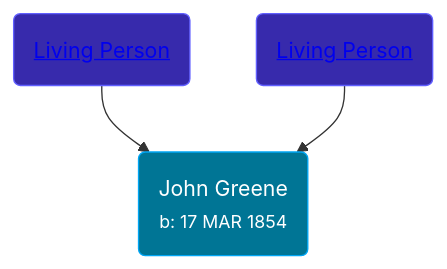
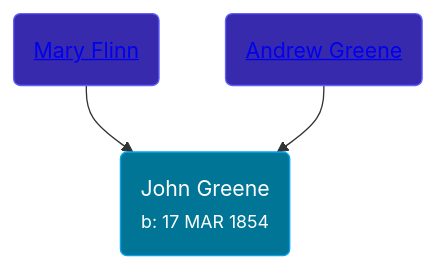
The diagram in pages/people/7/71088434.md (wpmgotkh/wpmgotkh.github.io), drawn with Mermaid before and after one commit. The commit also changed other lines of this file and 586 other files, not shown here.

Commit message:
feat: better shouldConsiderPersonLiving algo

````diff
--- a/pages/people/7/71088434.md
+++ b/pages/people/7/71088434.md
@@ -11,9 +11,9 @@
 ```mermaid
 graph
 classDef grands fill:#193cb8,stroke:#2b7fff,stroke-width:1px,color:#fff;
 classDef parents fill:#372aac,stroke:#615fff,stroke-width:1px,color:#fff;
 classDef primary fill:#007595,stroke:#00a6f4,stroke-width:1px,color:#fff;
 71088434(John Greene<br /><small>b: 17 MAR 1854</small>):::primary
-95328054(<a class="text-white" href="/people/9/95328054">Living Person</a>):::parents-->71088434
-70089858(<a class="text-white" href="/people/7/70089858">Living Person</a>):::parents-->71088434
+95328054(<a class="text-white" href="/people/9/95328054">Mary Flinn</a>):::parents-->71088434
+70089858(<a class="text-white" href="/people/7/70089858">Andrew Greene</a>):::parents-->71088434
 ```
````
